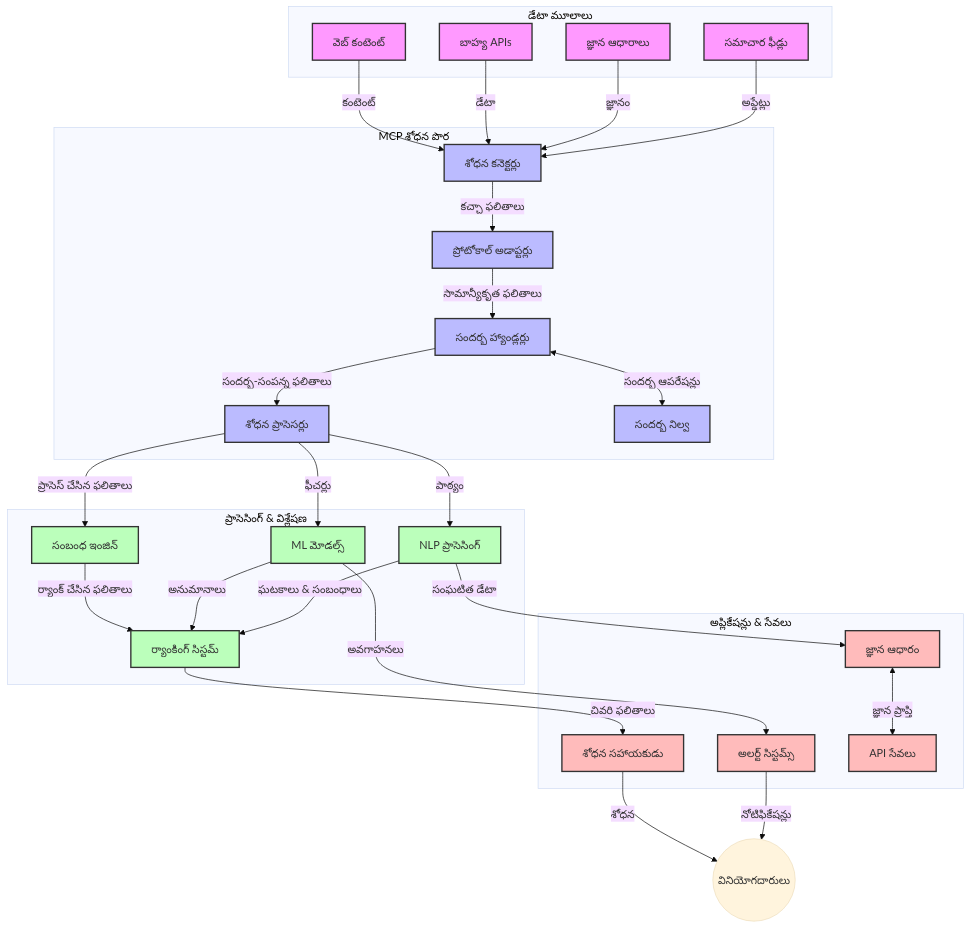
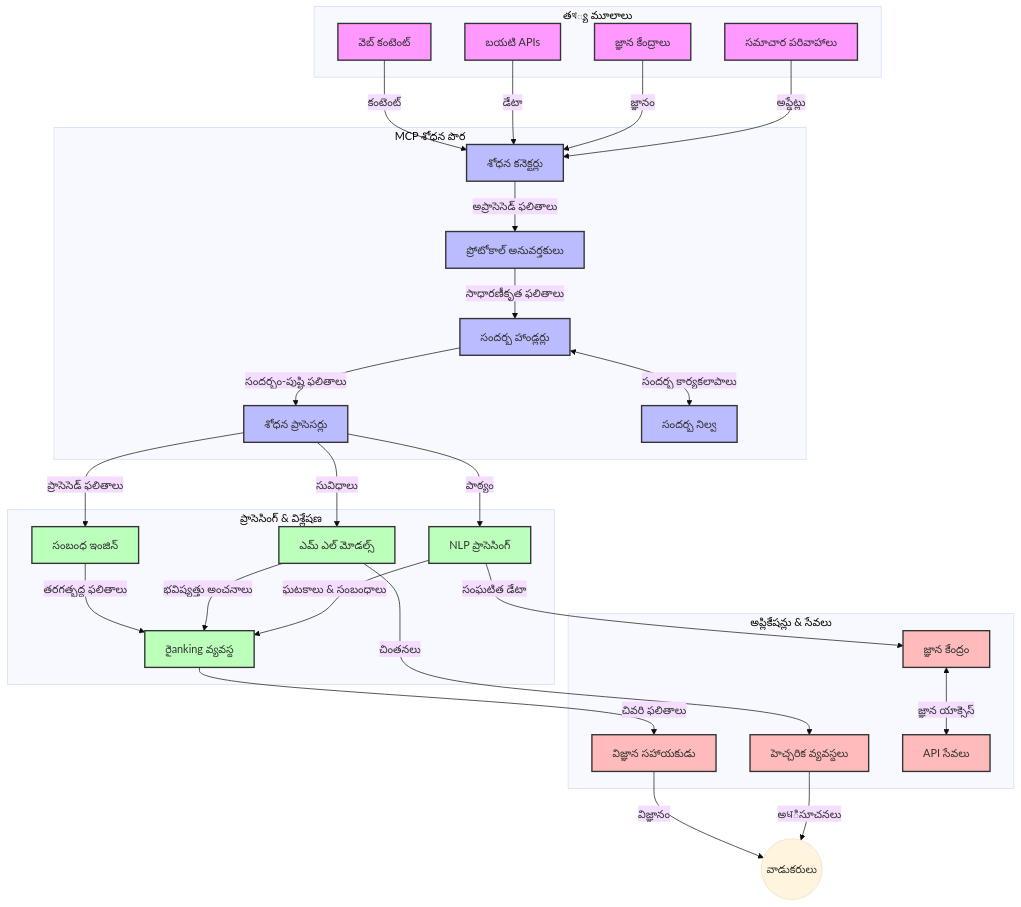
The first of 4 diagrams in mcp_ecosystem__model_context_protocol/mcp_learning_resources/mcp-for-beginners/translations/te/05-AdvancedTopics/mcp-realtimesearch/README.md (HIDORAKAI002/ai-workspace-archive), drawn with Mermaid (base theme) before and after one commit. The commit also changed other lines of this file and 1539 other files, not shown here.

````diff
--- a/mcp_ecosystem__model_context_protocol/mcp_learning_resources/mcp-for-beginners/translations/te/05-AdvancedTopics/mcp-realtimesearch/README.md
+++ b/mcp_ecosystem__model_context_protocol/mcp_learning_resources/mcp-for-beginners/translations/te/05-AdvancedTopics/mcp-realtimesearch/README.md
@@ -109,66 +109,66 @@
 ```mermaid
 graph TD
-    subgraph "డేటా మూలాలు"
+    subgraph "తথ్య మూలాలు"
         Web[వెబ్ కంటెంట్]
-        APIs[బాహ్య APIs]
-        DB[జ్ఞాన ఆధారాలు]
-        News[సమాచార ఫీడ్లు]
+        APIs[బయటి APIs]
+        DB[జ్ఞాన కేంద్రాలు]
+        News[సమాచార పరివాహాలు]
     end
 
     subgraph "MCP శోధన పొర"
         SC[శోధన కనెక్టర్లు]
-        PA[ప్రోటోకాల్ అడాప్టర్లు]
-        CH[సందర్భ హ్యాండ్లర్లు]
+        PA[ప్రోటోకాల్ అనువర్తకులు]
+        CH[సందర్భ హాండ్లర్లు]
         SP[శోధన ప్రాసెసర్లు]
         CS[సందర్భ నిల్వ]
     end
 
     subgraph "ప్రాసెసింగ్ & విశ్లేషణ"
         RE[సంబంధ ఇంజిన్]
-        ML[ML మోడల్స్]
+        ML[ఎమ్ ఎల్ మోడల్స్]
         NLP[NLP ప్రాసెసింగ్]
-        Rank[ర్యాంకింగ్ సిస్టమ్]
+        Rank[రైanking వ్యవస్థ]
     end
 
     subgraph "అప్లికేషన్లు & సేవలు"
-        RA[శోధన సహాయకుడు]
-        Alerts[అలర్ట్ సిస్టమ్స్]
-        KB[జ్ఞాన ఆధారం]
+        RA[విజ్ఞాన సహాయకుడు]
+        Alerts[హెచ్చరిక వ్యవస్థలు]
+        KB[జ్ఞాన కేంద్రం]
         API[API సేవలు]
     end
 
     Web -->|కంటెంట్| SC
     APIs -->|డేటా| SC
     DB -->|జ్ఞానం| SC
     News -->|అప్డేట్లు| SC
     
-    SC -->|కచ్చా ఫలితాలు| PA
-    PA -->|సామాన్యీకృత ఫలితాలు| CH
-    CH <-->|సందర్భ ఆపరేషన్లు| CS
-    CH -->|సందర్భ-సంపన్న ఫలితాలు| SP
-    SP -->|ప్రాసెస్ చేసిన ఫలితాలు| RE
-    SP -->|ఫీచర్లు| ML
+    SC -->|అప్రాసెసెడ్ ఫలితాలు| PA
+    PA -->|సాధారణీకృత ఫలితాలు| CH
+    CH <-->|సందర్భ కార్యకలాపాలు| CS
+    CH -->|సందర్భం-పుష్టి ఫలితాలు| SP
+    SP -->|ప్రాసెసెడ్ ఫలితాలు| RE
+    SP -->|సువిధాలు| ML
     SP -->|పాఠ్యం| NLP
     
-    RE -->|ర్యాంక్ చేసిన ఫలితాలు| Rank
-    ML -->|అనుమానాలు| Rank
+    RE -->|తరగత్బద్ద ఫలితాలు| Rank
+    ML -->|భవిష్యత్తు అంచనాలు| Rank
     NLP -->|ఘటకాలు & సంబంధాలు| Rank
     
     Rank -->|చివరి ఫలితాలు| RA
-    ML -->|అవగాహనలు| Alerts
+    ML -->|చింతనలు| Alerts
     NLP -->|సంఘటిత డేటా| KB
     
-    RA -->|శోధన| Users((వినియోగదారులు))
-    Alerts -->|నోటిఫికేషన్లు| Users
-    KB <-->|జ్ఞాన ప్రాప్తి| API
+    RA -->|విజ్ఞానం| Users((వాడుకరులు))
+    Alerts -->|అधిసూచనలు| Users
+    KB <-->|జ్ఞాన యాక్సెస్| API
     
     classDef sources fill:#f9f,stroke:#333,stroke-width:2px
     classDef mcp fill:#bbf,stroke:#333,stroke-width:2px
     classDef processing fill:#bfb,stroke:#333,stroke-width:2px
     classDef apps fill:#fbb,stroke:#333,stroke-width:2px
     
     class Web,APIs,DB,News sources
     class SC,PA,CH,SP,CS mcp
     class RE,ML,NLP,Rank processing
     class RA,Alerts,KB,API apps
 ```
````
